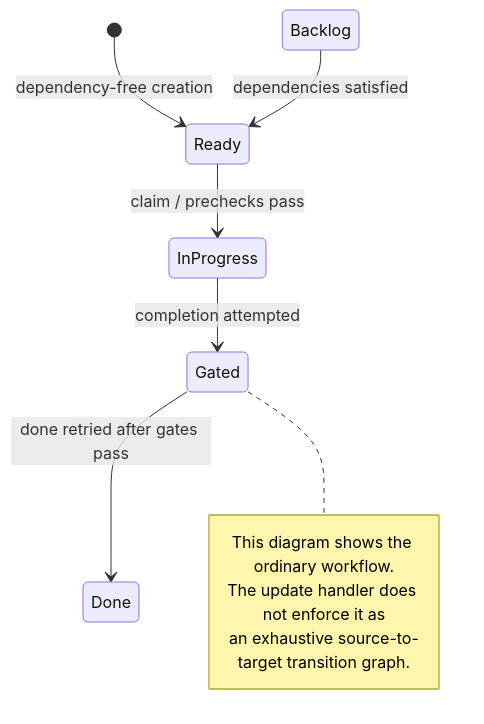
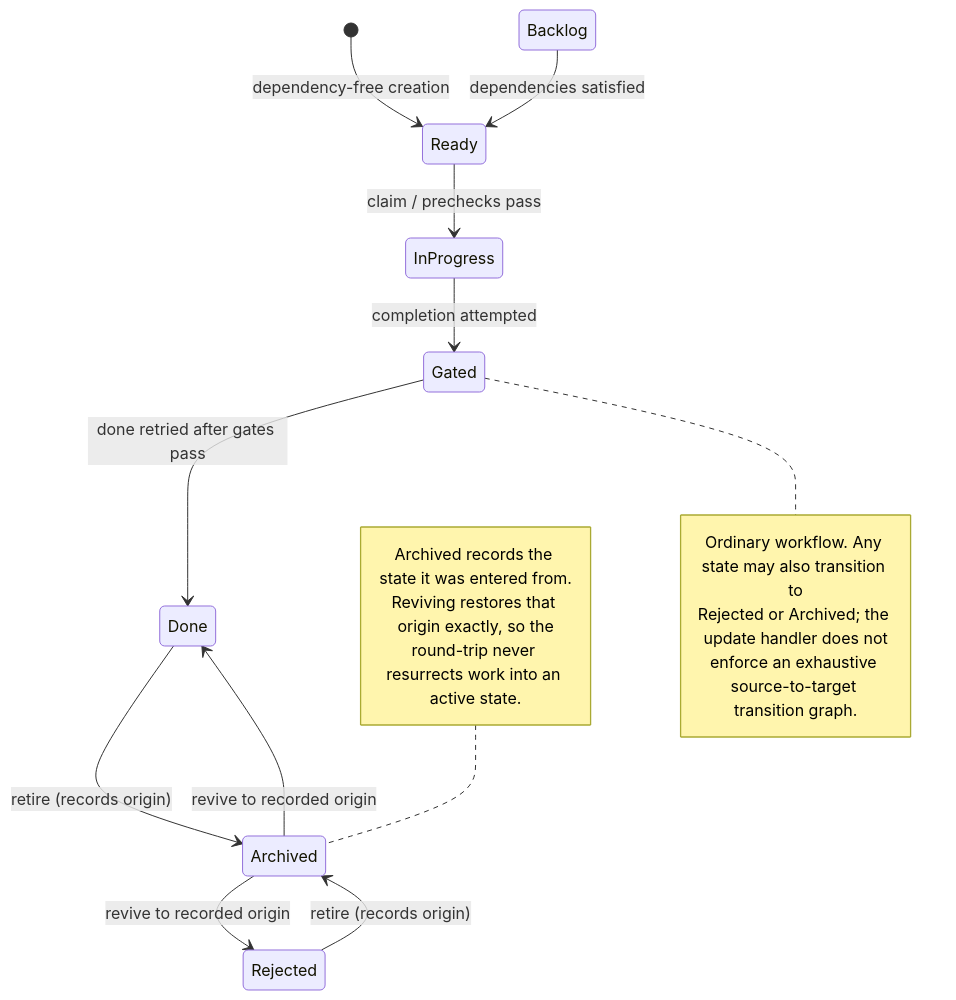
One commit to erankavija/just-in-time changed the seventh of 9 diagrams in docs/concepts/core-model.md. Above: the diagram before and after it, drawn with Mermaid. The commit also changed other lines of this file and 11 other files, not shown here.

````diff
--- a/docs/concepts/core-model.md
+++ b/docs/concepts/core-model.md
@@ -729,13 +729,22 @@
 ```mermaid
 stateDiagram-v2
     [*] --> Ready: dependency-free creation
     Backlog --> Ready: dependencies satisfied
     Ready --> InProgress: claim / prechecks pass
     InProgress --> Gated: completion attempted
     Gated --> Done: done retried after gates pass
+    Done --> Archived: retire (records origin)
+    Rejected --> Archived: retire (records origin)
+    Archived --> Done: revive to recorded origin
+    Archived --> Rejected: revive to recorded origin
     note right of Gated
-        This diagram shows the ordinary workflow.
-        The update handler does not enforce it as
-        an exhaustive source-to-target transition graph.
+        Ordinary workflow. Any state may also transition to
+        Rejected or Archived; the update handler does not
+        enforce an exhaustive source-to-target transition graph.
+    end note
+    note left of Archived
+        Archived records the state it was entered from.
+        Reviving restores that origin exactly, so the
+        round-trip never resurrects work into an active state.
     end note
 ```
````
